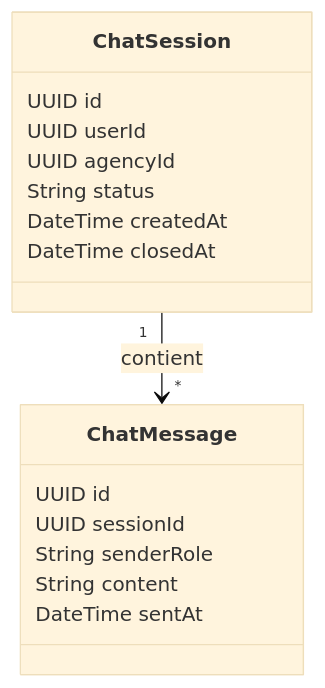
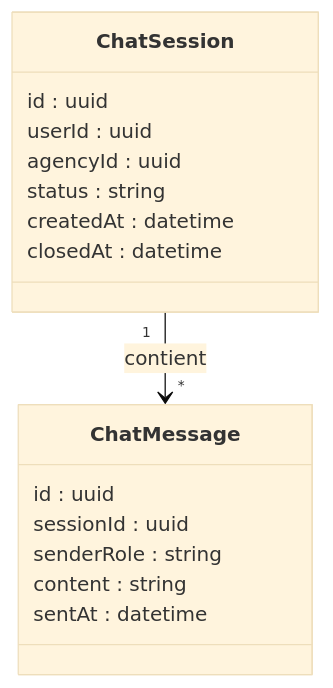
Before and after one commit to anthony-openclassroom/p10-yourcaryourway: the seventh of 10 diagrams in docs/architecture.md, drawn with Mermaid (base theme). The commit also changed other lines of this file, not shown here.

````diff
--- a/docs/architecture.md
+++ b/docs/architecture.md
@@ -335,21 +419,21 @@
 ```mermaid
 classDiagram
     class ChatSession {
-        UUID id
-        UUID userId
-        UUID agencyId
-        String status
-        DateTime createdAt
-        DateTime closedAt
+        id : uuid
+        userId : uuid
+        agencyId : uuid
+        status : string
+        createdAt : datetime
+        closedAt : datetime
     }
 
     class ChatMessage {
-        UUID id
-        UUID sessionId
-        String senderRole
-        String content
-        DateTime sentAt
+        id : uuid
+        sessionId : uuid
+        senderRole : string
+        content : string
+        sentAt : datetime
     }
 
     ChatSession "1" --> "*" ChatMessage : contient
 ```
````
